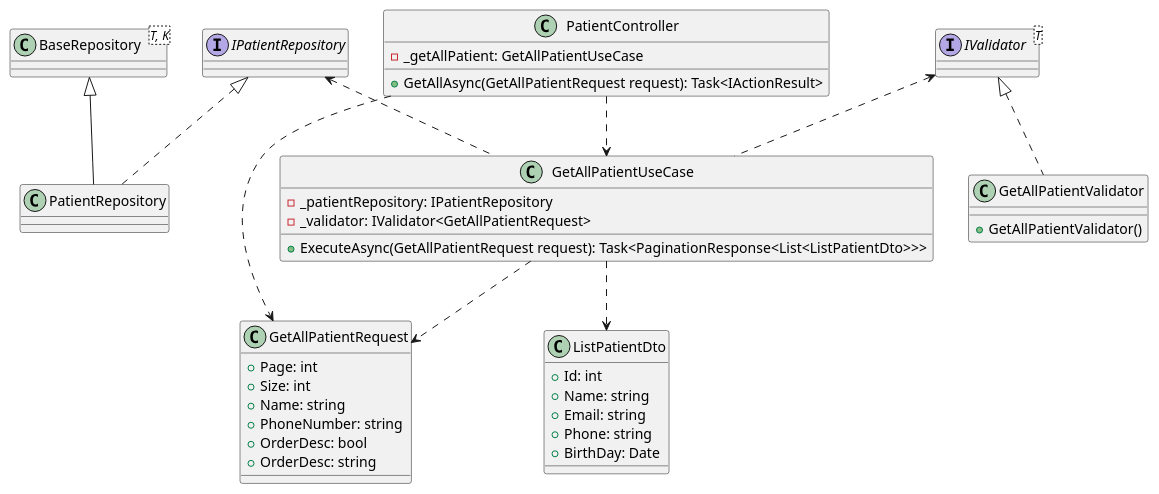
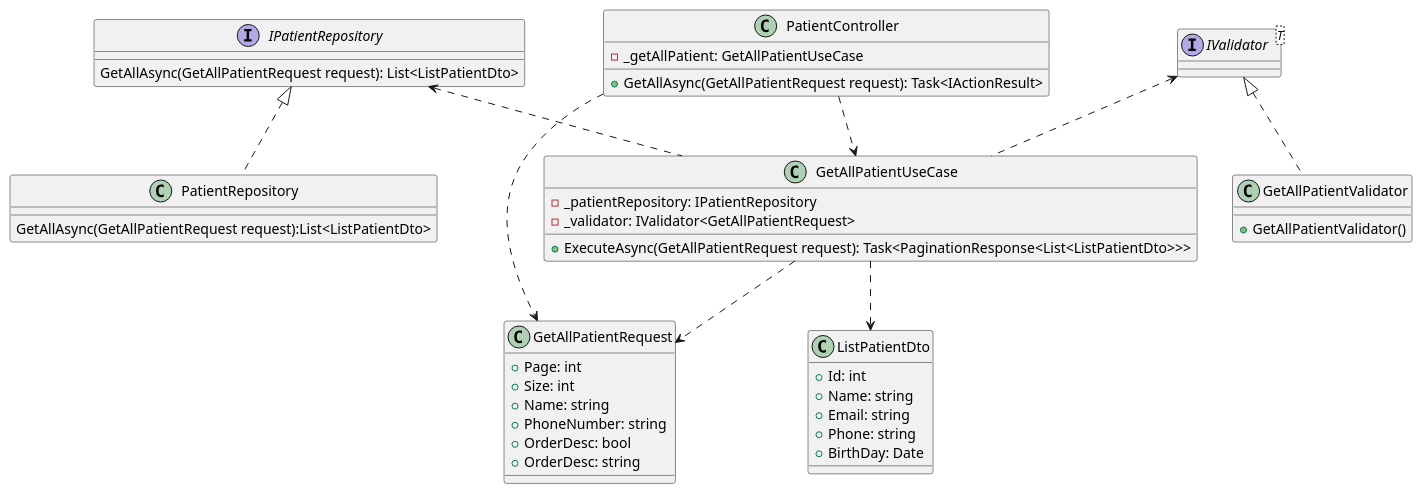
Before and after one commit to jang1902/SEP490_Sequence: the diagram in ClassDiagram/Patient/ListPatientCD.puml, drawn with PlantUML. The commit also changed 8 other files, not shown here.

```diff
--- a/ClassDiagram/Patient/ListPatientCD.puml
+++ b/ClassDiagram/Patient/ListPatientCD.puml
@@ -1,52 +1,54 @@
 @startuml
-interface IPatientRepository
+interface IPatientRepository{
+GetAllAsync(GetAllPatientRequest request): List<ListPatientDto>
+}
 interface IValidator<T>
 
-class BaseRepository<T, K>
-
 class PatientRepository {
+GetAllAsync(GetAllPatientRequest request):List<ListPatientDto>
 }
 
 class GetAllPatientUseCase {
   - _patientRepository: IPatientRepository
   - _validator: IValidator<GetAllPatientRequest>
   + ExecuteAsync(GetAllPatientRequest request): Task<PaginationResponse<List<ListPatientDto>>>
 }
 
 class GetAllPatientValidator {
   + GetAllPatientValidator()
 }
 
 class PatientController {
   - _getAllPatient: GetAllPatientUseCase
   + GetAllAsync(GetAllPatientRequest request): Task<IActionResult>
 }
 
 class GetAllPatientRequest {
   + Page: int
   + Size: int
   + Name: string
   + PhoneNumber: string
   + OrderDesc: bool
   + OrderDesc: string
 }
 class ListPatientDto{
 + Id: int
 + Name: string
 + Email: string
 + Phone: string
 + BirthDay: Date
 }
 
 
 
-BaseRepository <|-- PatientRepository
 IPatientRepository <|.. PatientRepository
 IPatientRepository <.. GetAllPatientUseCase
 IValidator <|.. GetAllPatientValidator
 IValidator <.. GetAllPatientUseCase
+
+
 GetAllPatientUseCase ..> GetAllPatientRequest
 PatientController ..> GetAllPatientUseCase
 PatientController ..> GetAllPatientRequest
 GetAllPatientUseCase ..> ListPatientDto
 @enduml
```
